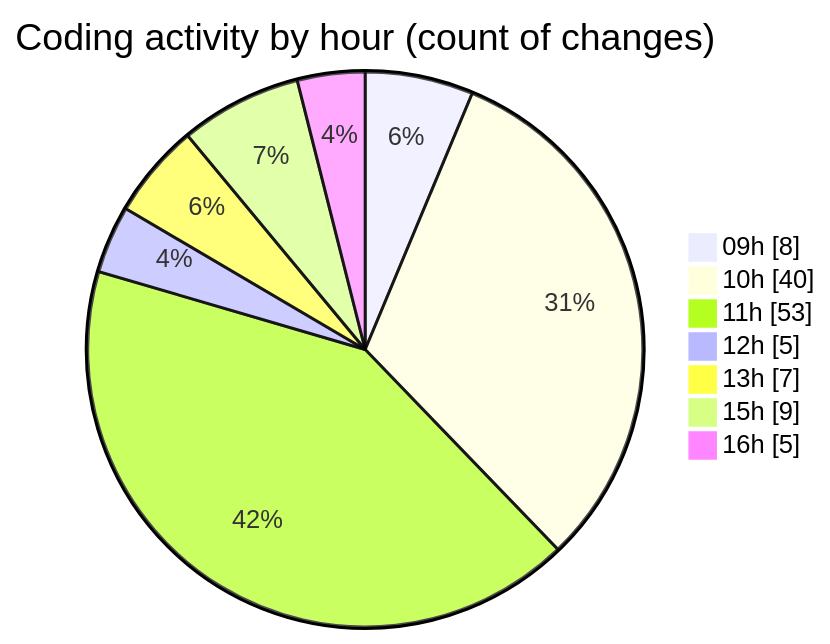
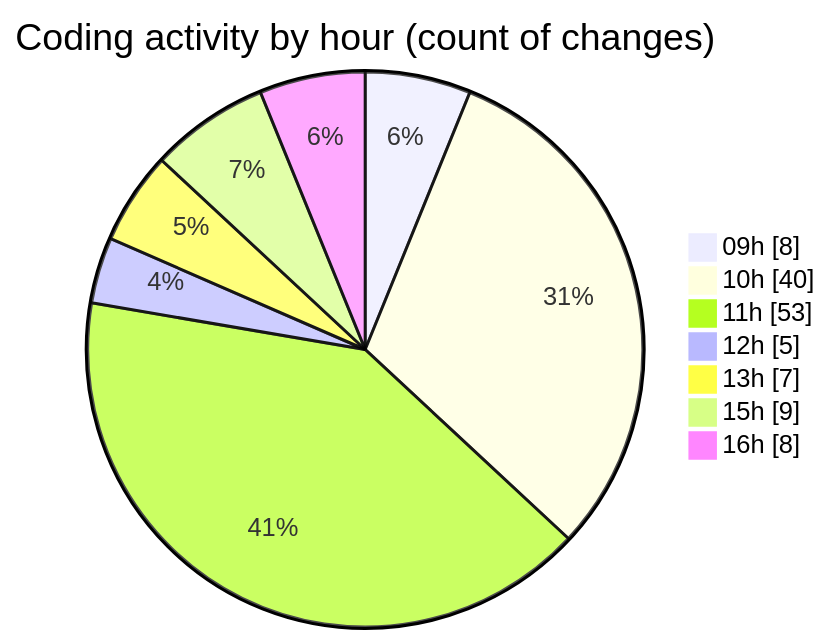
Before and after one commit to momahboobian/code-tracking: the second of 2 diagrams in 2025-09-01/cda/README.md, drawn with Mermaid. The commit also changed other lines of this file and 1 other file, not shown here.

````diff
--- a/2025-09-01/cda/README.md
+++ b/2025-09-01/cda/README.md
@@ -40,11 +41,11 @@
 ```mermaid
 pie showData
 title Coding activity by hour (count of changes)
 "09h" : 8
 "10h" : 40
 "11h" : 53
 "12h" : 5
 "13h" : 7
 "15h" : 9
-"16h" : 5
+"16h" : 8
 ```
````
